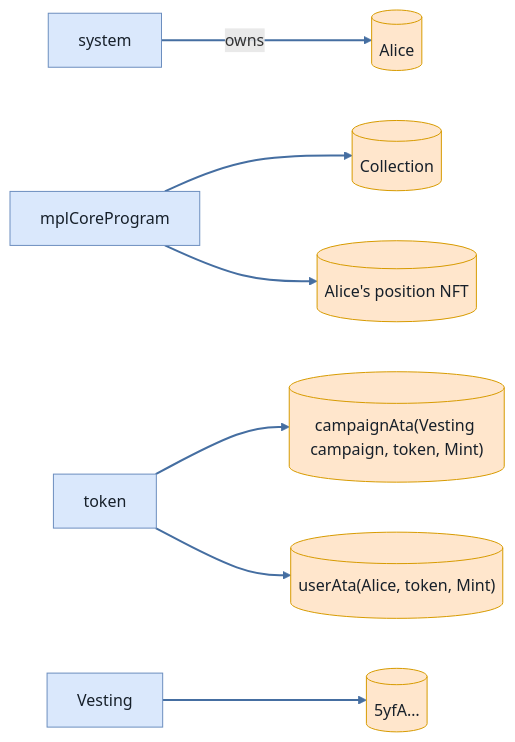
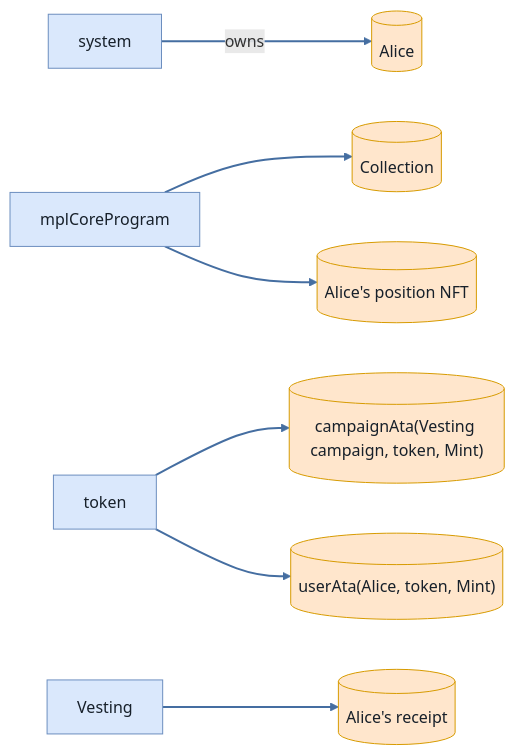
Diagram 12 of 12 in md-reports-babelfish/vested_tokens_are_forfeited_past_the_grace_window.md (cds-turbin3/vesting-position), drawn with Mermaid before and after one commit. The commit also changed other lines of this file and 104 other files, not shown here.

````diff
--- a/md-reports-babelfish/vested_tokens_are_forfeited_past_the_grace_window.md
+++ b/md-reports-babelfish/vested_tokens_are_forfeited_past_the_grace_window.md
@@ -542,23 +542,23 @@
 ```mermaid
 flowchart LR
     system["system"]:::program
     Alice[("Alice")]:::state
     mplCoreProgram["mplCoreProgram"]:::program
     Collection[("Collection")]:::state
     token["token"]:::program
     campaignAtaVestingcampaigntokenMint[("campaignAta(Vesting campaign, token, Mint)")]:::state
     userAtaAlicetokenMint[("userAta(Alice, token, Mint)")]:::state
     AlicespositionNFT[("Alice's position NFT")]:::state
     Vesting["Vesting"]:::program
-    n5yfA[("5yfA…")]:::state
+    Alicesreceipt[("Alice's receipt")]:::state
     system -->|owns| Alice
     mplCoreProgram --> Collection
     token --> campaignAtaVestingcampaigntokenMint
     token --> userAtaAlicetokenMint
     mplCoreProgram --> AlicespositionNFT
-    Vesting --> n5yfA
+    Vesting --> Alicesreceipt
     classDef program fill:#dae8fc,stroke:#6c8ebf,color:#17202a;
     classDef signer fill:#d5e8d4,stroke:#82b366,color:#17202a;
     classDef state fill:#ffe6cc,stroke:#d79b00,color:#17202a;
     linkStyle 0,1,2,3,4,5 stroke:#456ea1,stroke-width:2px
 ```
````
